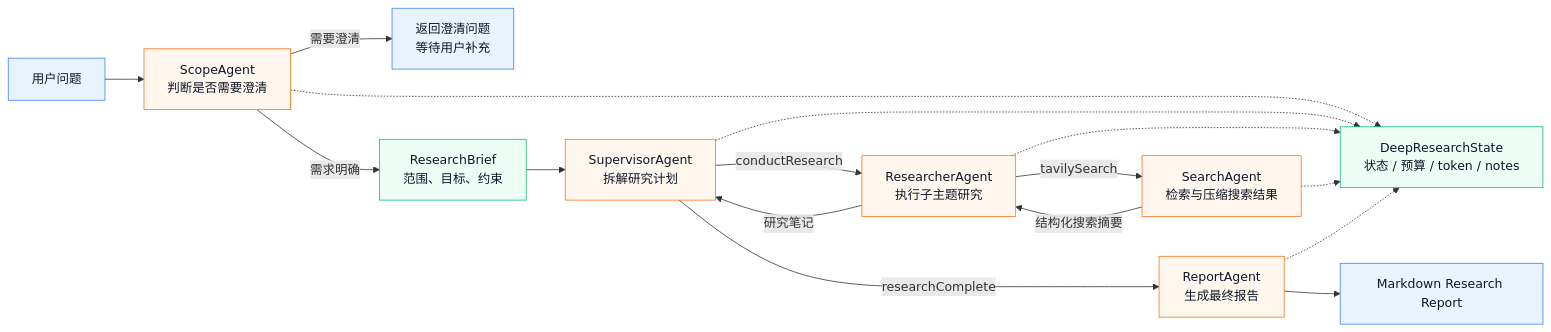
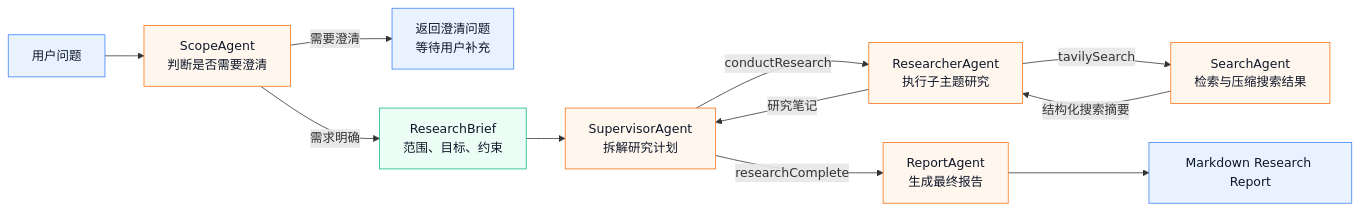
Before and after one commit to haotangyuan/deep-research: the second of 2 diagrams in README.md, drawn with Mermaid. The commit also changed other lines of this file and 7 other files, not shown here.

````diff
--- a/README.md
+++ b/README.md
@@ -90,25 +90,18 @@
 ```mermaid
 flowchart LR
     classDef agent fill:#FFF7ED,stroke:#F97316,color:#0F172A
     classDef data fill:#ECFDF5,stroke:#10B981,color:#0F172A
     classDef output fill:#E8F3FF,stroke:#3B82F6,color:#0F172A
 
     User["用户问题"]:::output --> Scope["ScopeAgent<br/>判断是否需要澄清"]:::agent
     Scope -->|"需要澄清"| Clarify["返回澄清问题<br/>等待用户补充"]:::output
     Scope -->|"需求明确"| Brief["ResearchBrief<br/>范围、目标、约束"]:::data
 
     Brief --> Supervisor["SupervisorAgent<br/>拆解研究计划"]:::agent
     Supervisor -->|"conductResearch"| Researcher["ResearcherAgent<br/>执行子主题研究"]:::agent
     Researcher -->|"tavilySearch"| Search["SearchAgent<br/>检索与压缩搜索结果"]:::agent
     Search -->|"结构化搜索摘要"| Researcher
     Researcher -->|"研究笔记"| Supervisor
     Supervisor -->|"researchComplete"| Report["ReportAgent<br/>生成最终报告"]:::agent
     Report --> Final["Markdown Research Report"]:::output
-
-    State["DeepResearchState<br/>状态 / 预算 / token / notes"]:::data
-    Scope -.-> State
-    Supervisor -.-> State
-    Researcher -.-> State
-    Search -.-> State
-    Report -.-> State
 ```
````
